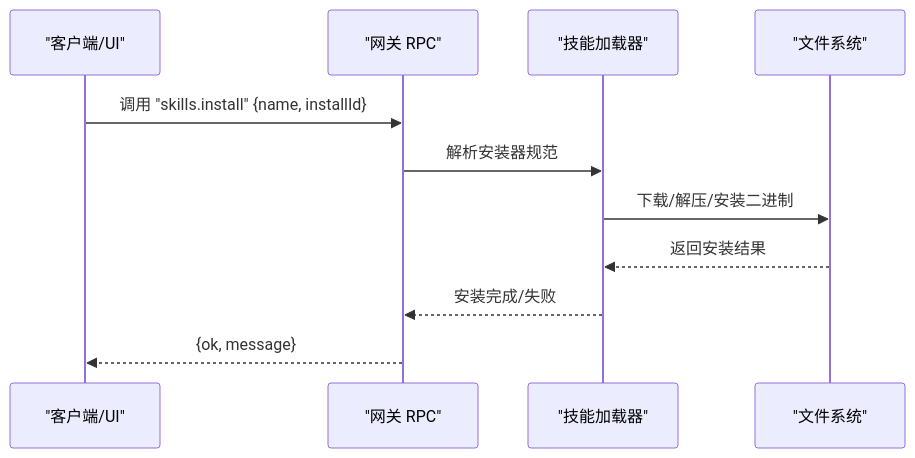
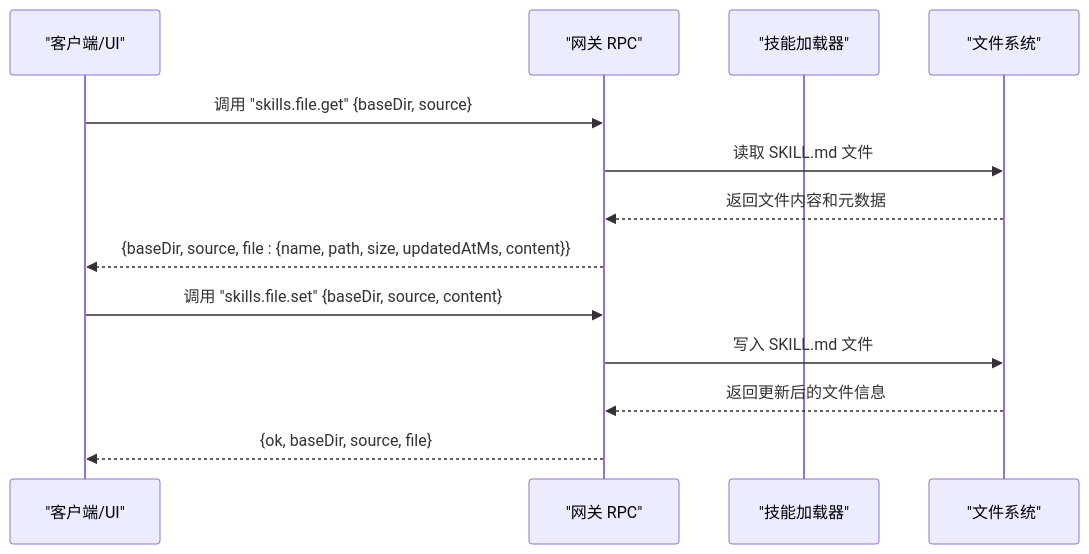
The third of 4 diagrams in .qoder/repowiki/zh/content/技能平台/技能平台.md (verse-ai-org/openclaw), drawn with Mermaid before and after one commit. The commit also changed other lines of this file and 41 other files, not shown here.

````diff
--- a/.qoder/repowiki/zh/content/技能平台/技能平台.md
+++ b/.qoder/repowiki/zh/content/技能平台/技能平台.md
@@ -164,13 +192,15 @@
 ```mermaid
 sequenceDiagram
 participant Client as "客户端/UI"
 participant GW as "网关 RPC"
 participant Loader as "技能加载器"
 participant FS as "文件系统"
-Client->>GW : 调用 "skills.install" {name, installId}
-GW->>Loader : 解析安装器规范
-Loader->>FS : 下载/解压/安装二进制
-FS-->>Loader : 返回安装结果
-Loader-->>GW : 安装完成/失败
-GW-->>Client : {ok, message}
+Client->>GW : 调用 "skills.file.get" {baseDir, source}
+GW->>FS : 读取 SKILL.md 文件
+FS-->>GW : 返回文件内容和元数据
+GW-->>Client : {baseDir, source, file : {name, path, size, updatedAtMs, content}}
+Client->>GW : 调用 "skills.file.set" {baseDir, source, content}
+GW->>FS : 写入 SKILL.md 文件
+FS-->>GW : 返回更新后的文件信息
+GW-->>Client : {ok, baseDir, source, file}
 ```
````
